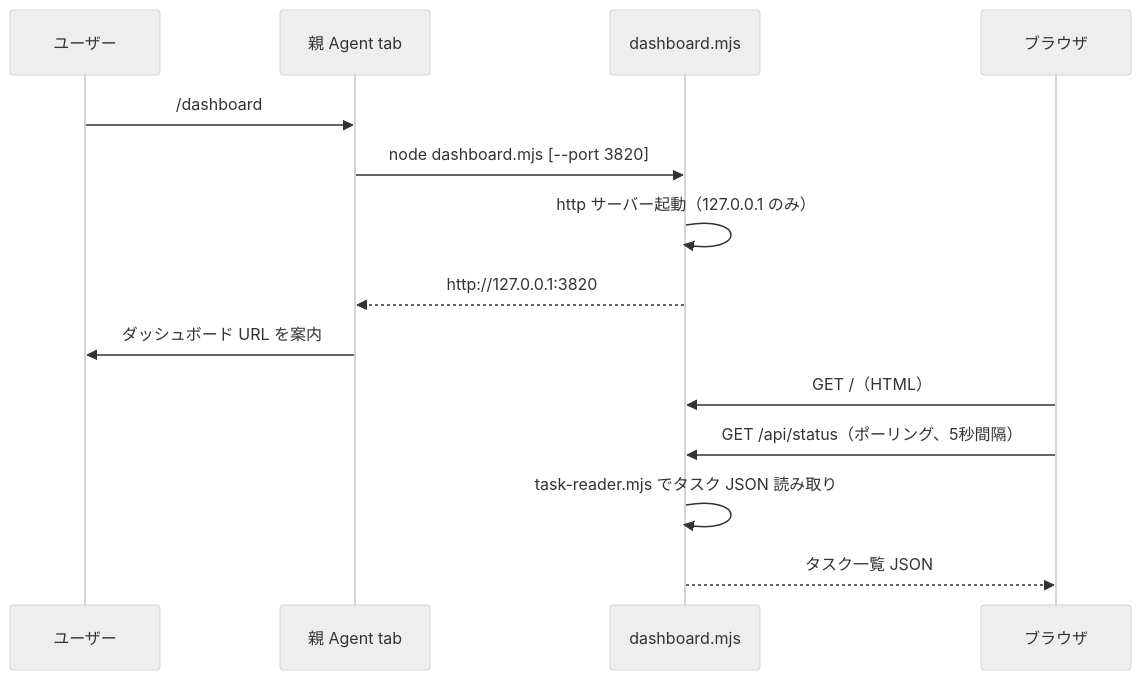
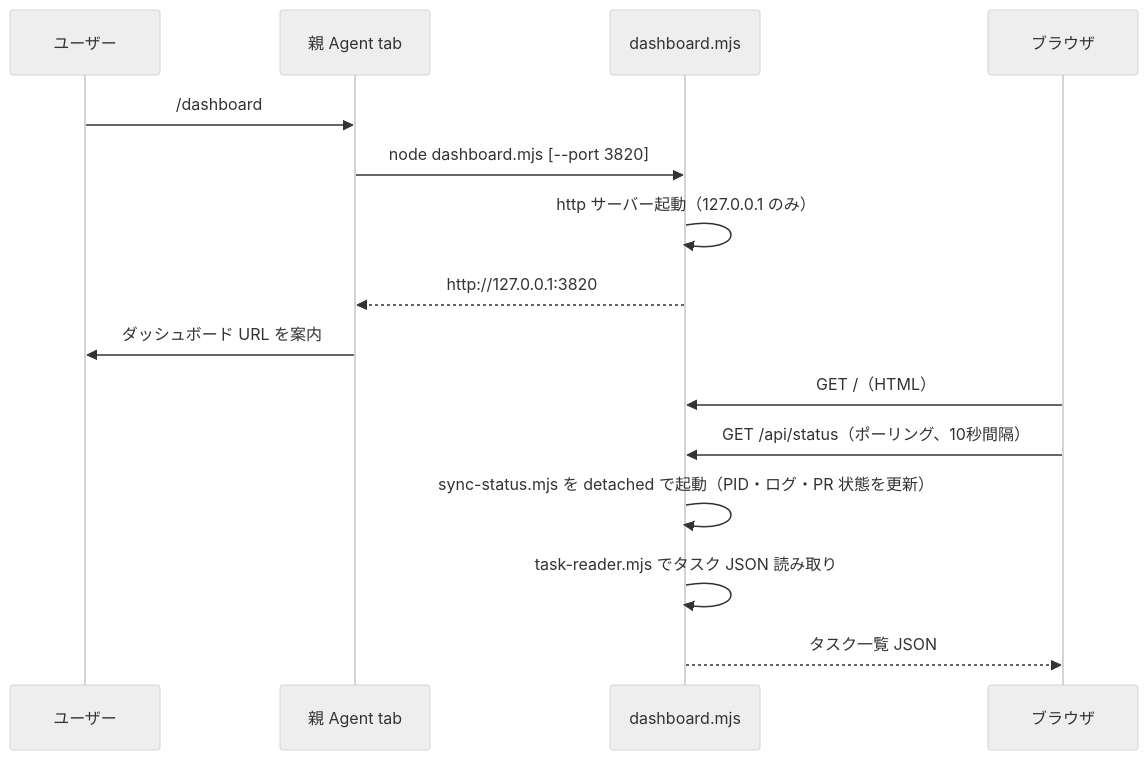
Before and after one commit to retocrooman/cursor-power: diagram 13 of 14 in DESIGN.md, drawn with Mermaid (neutral theme). The commit also changed other lines of this file and 4 other files, not shown here.

First line of the commit message:
feat(dashboard): trigger sync-status on poll and change interval to 10s

````diff
--- a/DESIGN.md
+++ b/DESIGN.md
@@ -499,17 +499,18 @@
 ```mermaid
 sequenceDiagram
   participant U as ユーザー
   participant P as 親 Agent tab
   participant D as dashboard.mjs
   participant B as ブラウザ
 
   U->>P: /dashboard
   P->>D: node dashboard.mjs [--port 3820]
   D->>D: http サーバー起動（127.0.0.1 のみ）
   D-->>P: http://127.0.0.1:3820
   P->>U: ダッシュボード URL を案内
   B->>D: GET /（HTML）
-  B->>D: GET /api/status（ポーリング、5秒間隔）
+  B->>D: GET /api/status（ポーリング、10秒間隔）
+  D->>D: sync-status.mjs を detached で起動（PID・ログ・PR 状態を更新）
   D->>D: task-reader.mjs でタスク JSON 読み取り
   D-->>B: タスク一覧 JSON
 ```
````
